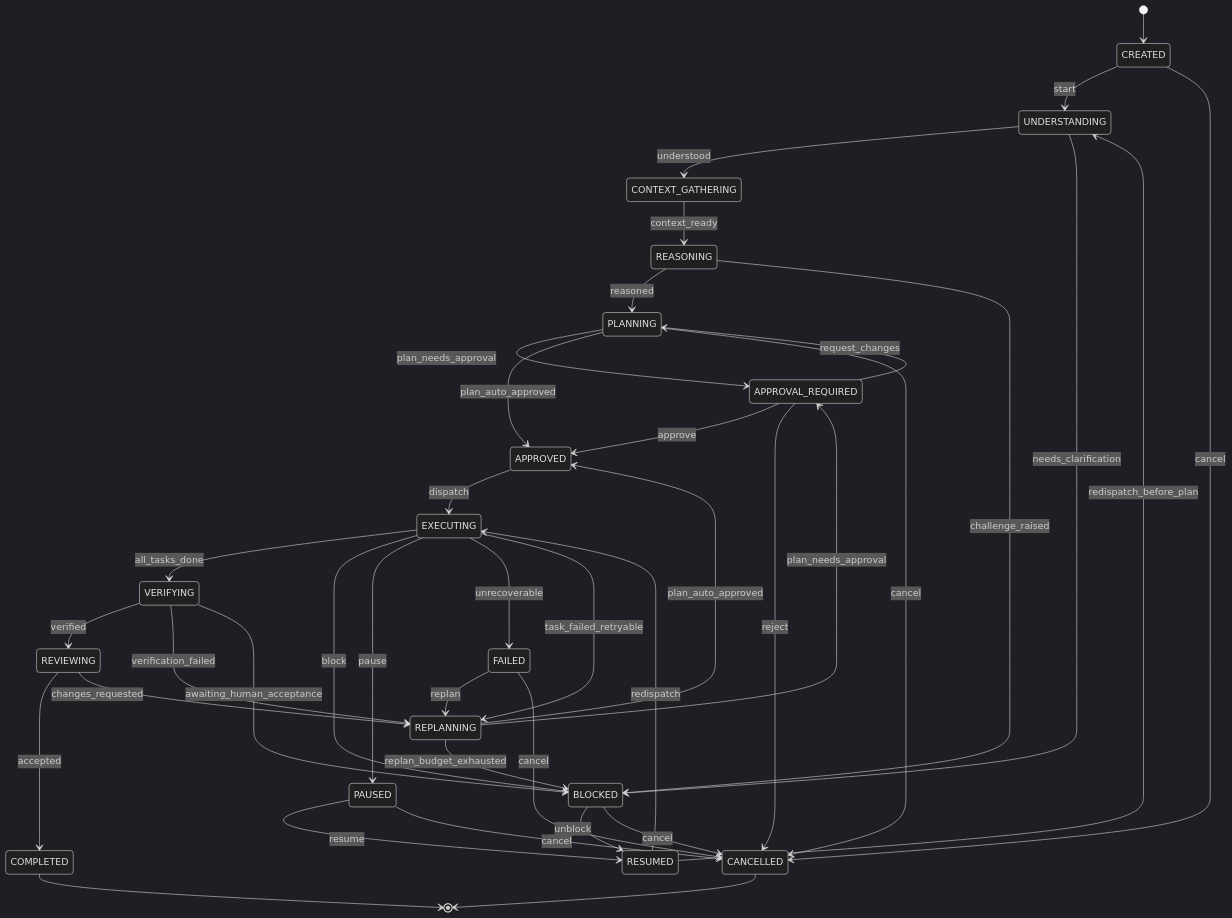
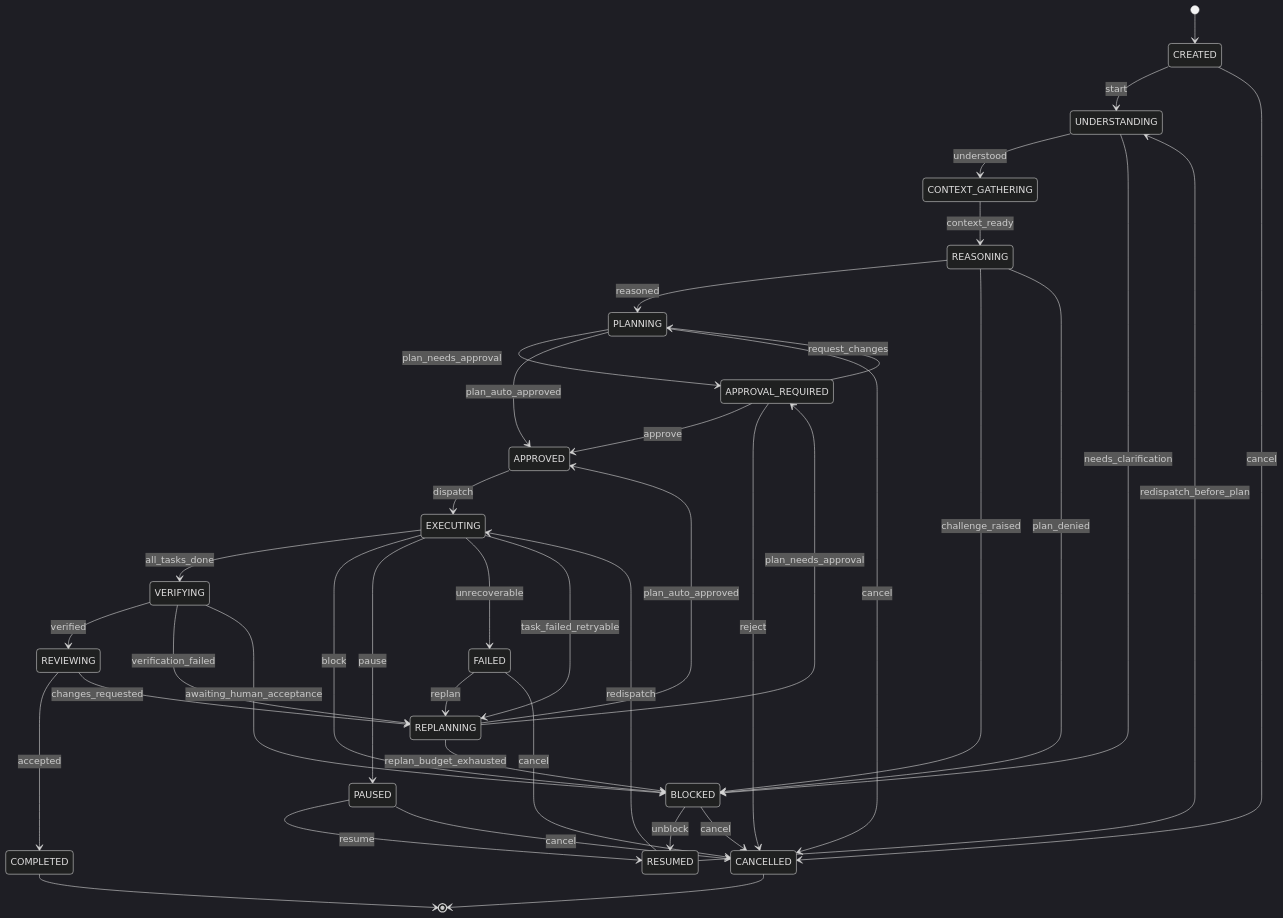
The second of 17 diagrams in docs/architecture/state-machines.md (babarmuhammad/archeus), drawn with Mermaid (dark theme) before and after one commit. The commit also changed 14 other files, not shown here.

````diff
--- a/docs/architecture/state-machines.md
+++ b/docs/architecture/state-machines.md
@@ -98,41 +98,42 @@
 ```mermaid
 stateDiagram-v2
     [*] --> CREATED
     CREATED --> UNDERSTANDING: start
     UNDERSTANDING --> CONTEXT_GATHERING: understood
     UNDERSTANDING --> BLOCKED: needs_clarification
     CONTEXT_GATHERING --> REASONING: context_ready
     REASONING --> PLANNING: reasoned
     REASONING --> BLOCKED: challenge_raised
+    REASONING --> BLOCKED: plan_denied
     PLANNING --> APPROVAL_REQUIRED: plan_needs_approval
     PLANNING --> APPROVED: plan_auto_approved
     PLANNING --> CANCELLED: cancel
     APPROVAL_REQUIRED --> APPROVED: approve
     APPROVAL_REQUIRED --> PLANNING: request_changes
     APPROVAL_REQUIRED --> CANCELLED: reject
     APPROVED --> EXECUTING: dispatch
     EXECUTING --> VERIFYING: all_tasks_done
     EXECUTING --> BLOCKED: block
     EXECUTING --> PAUSED: pause
     EXECUTING --> FAILED: unrecoverable
     EXECUTING --> REPLANNING: task_failed_retryable
     BLOCKED --> RESUMED: unblock
     PAUSED --> RESUMED: resume
     RESUMED --> EXECUTING: redispatch
     RESUMED --> UNDERSTANDING: redispatch_before_plan
     FAILED --> REPLANNING: replan
     REPLANNING --> APPROVAL_REQUIRED: plan_needs_approval
     REPLANNING --> APPROVED: plan_auto_approved
     REPLANNING --> BLOCKED: replan_budget_exhausted
     VERIFYING --> REVIEWING: verified
     VERIFYING --> REPLANNING: verification_failed
     VERIFYING --> BLOCKED: awaiting_human_acceptance
     REVIEWING --> COMPLETED: accepted
     REVIEWING --> REPLANNING: changes_requested
     CREATED --> CANCELLED: cancel
     BLOCKED --> CANCELLED: cancel
     PAUSED --> CANCELLED: cancel
     FAILED --> CANCELLED: cancel
     COMPLETED --> [*]
     CANCELLED --> [*]
 ```
````
